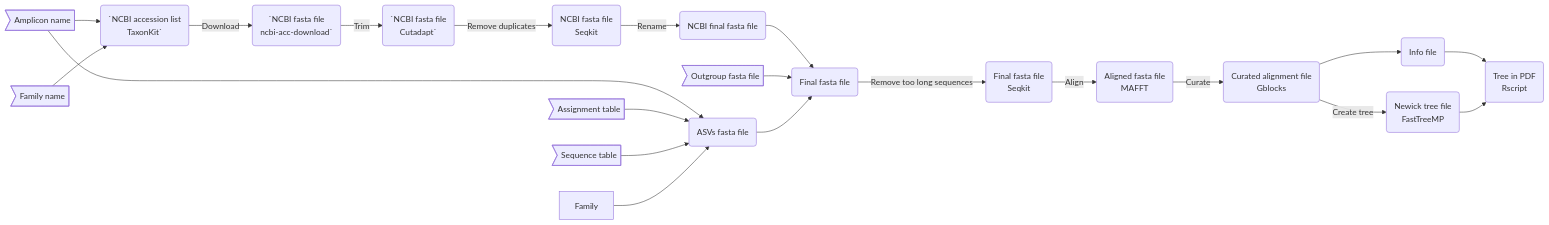
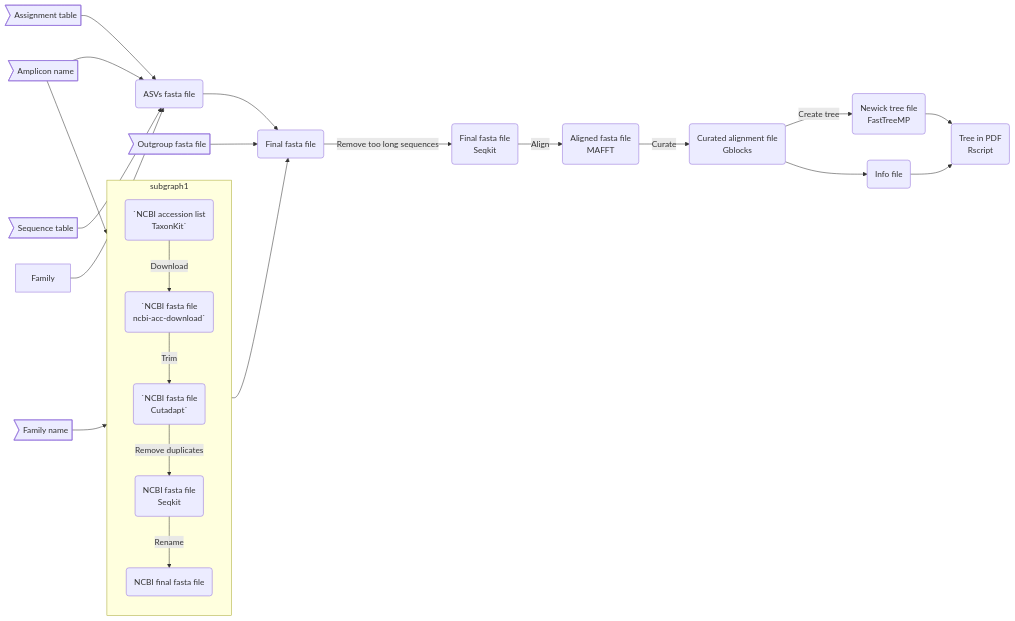
Before and after one commit to Enorya/Phylo-tree_eDNA: the diagram in README.md, drawn with Mermaid.

````diff
--- a/README.md
+++ b/README.md
@@ -24,38 +24,42 @@
 ```mermaid
 flowchart LR
 	amplicon>Amplicon name]
 	family>Family name]
 	Assign>Assignment table]
 	Seq>Sequence table]
 	Out>Outgroup fasta file]
 	step1(`NCBI accession list
 TaxonKit`)
 	step2(`NCBI fasta file
 ncbi-acc-download`)
 	step3(`NCBI fasta file
 Cutadapt`)
 	step4(NCBI fasta file
 Seqkit)
 	step5(NCBI final fasta file)
 	step6(ASVs fasta file)
 	step7(Final fasta file)
 	step8(Final fasta file
 Seqkit)
 	step9(Aligned fasta file
 MAFFT)
 	step10(Curated alignment file
 Gblocks)
 	step11(Newick tree file
 FastTreeMP)
 	step12(Info file)
 	step13(Tree in PDF
 Rscript)
 
-	amplicon --> step1 -->|Download| step2 -->|Trim| step3 -->|Remove duplicates| step4 -->|Rename| step5
-	family --> step1
+	subgraph subgraph1
+		direction TB
+        	step1 -->|Download| step2 -->|Trim| step3 -->|Remove duplicates| step4 -->|Rename| step5
+	end
+	amplicon --> subgraph1
+	family --> subgraph1
 	amplicon & Assign & Seq & Family --> step6
 	step5 & Out & step6 --> step7 -->|Remove too long sequences| step8 -->|Align| step9 -->|Curate| step10 -->|Create tree| step11
 	step10 --> step12 --> step13
 	step11 --> step13
 
 ```
````
